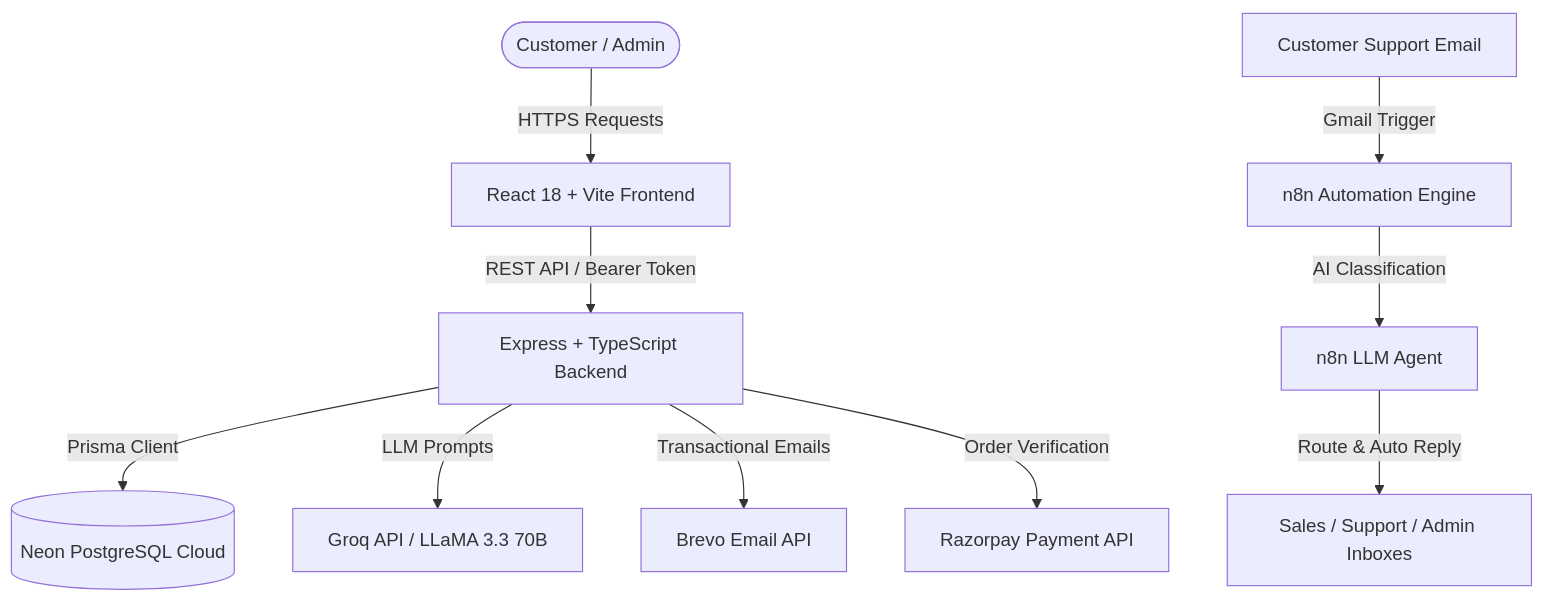
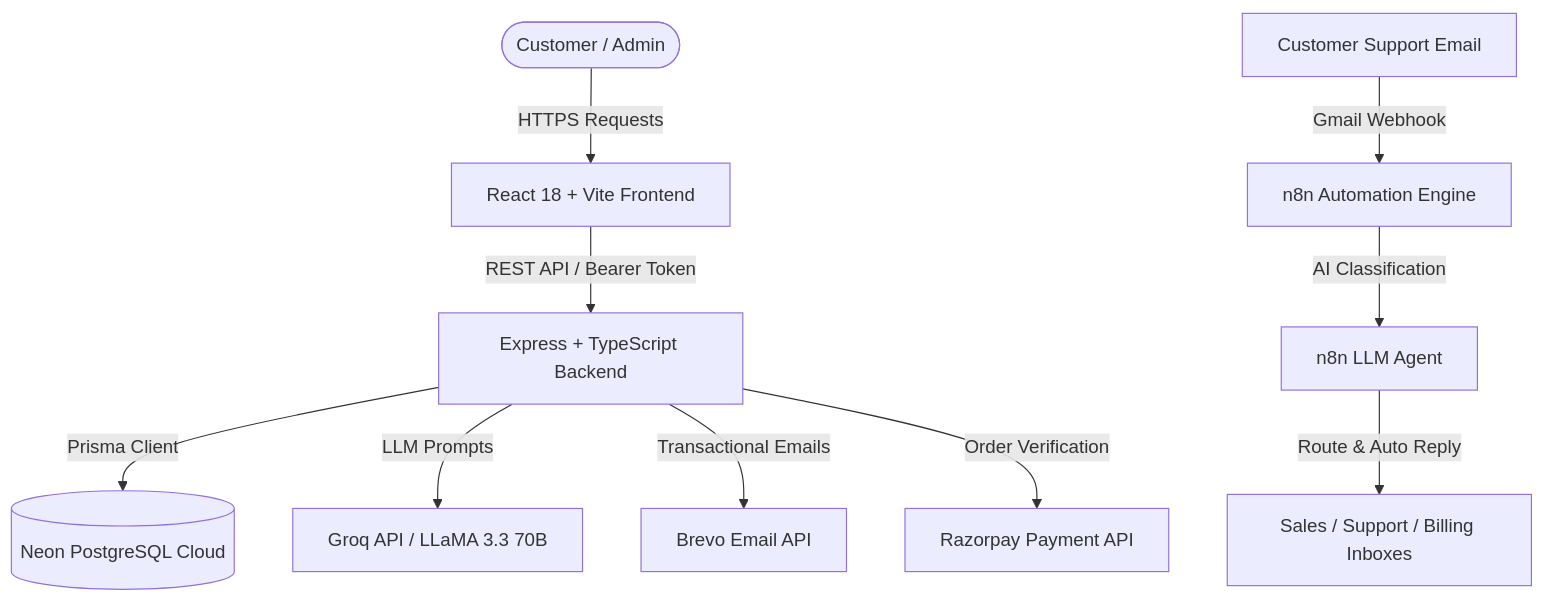
One commit to jainam308/motovra changed the first of 5 diagrams in README.md. Above: the diagram before and after it, drawn with Mermaid. The commit also changed other lines of this file, not shown here.

Commit message:
docs: complete restructure of README.md with visual walkthrough galleries and architecture flowcharts

````diff
--- a/README.md
+++ b/README.md
@@ -150,12 +58,12 @@
 ```mermaid
 graph TD
     User([Customer / Admin]) -->|HTTPS Requests| Frontend[React 18 + Vite Frontend]
     Frontend -->|REST API / Bearer Token| Backend[Express + TypeScript Backend]
     Backend -->|Prisma Client| DB[(Neon PostgreSQL Cloud)]
     Backend -->|LLM Prompts| AI[Groq API / LLaMA 3.3 70B]
     Backend -->|Transactional Emails| Brevo[Brevo Email API]
     Backend -->|Order Verification| Razorpay[Razorpay Payment API]
-    CustomerEmail[Customer Support Email] -->|Gmail Trigger| n8n[n8n Automation Engine]
+    CustomerEmail[Customer Support Email] -->|Gmail Webhook| n8n[n8n Automation Engine]
     n8n -->|AI Classification| n8nAI[n8n LLM Agent]
-    n8nAI -->|Route & Auto Reply| SupportTeams[Sales / Support / Admin Inboxes]
+    n8nAI -->|Route & Auto Reply| SupportTeams[Sales / Support / Billing Inboxes]
 ```
````
